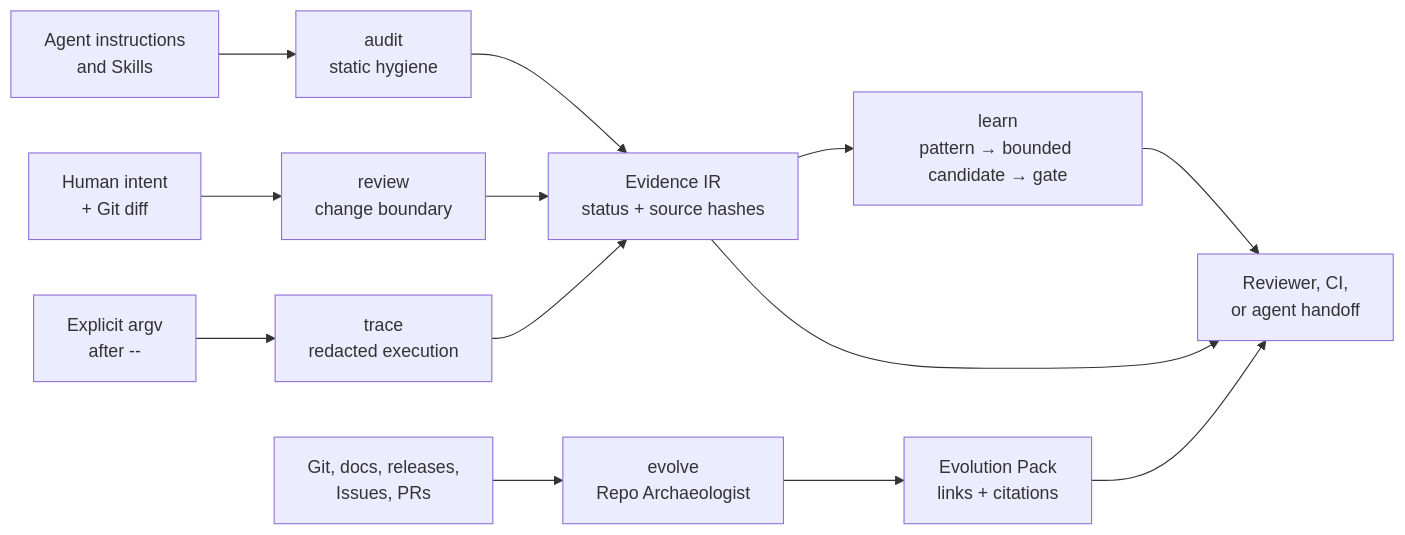
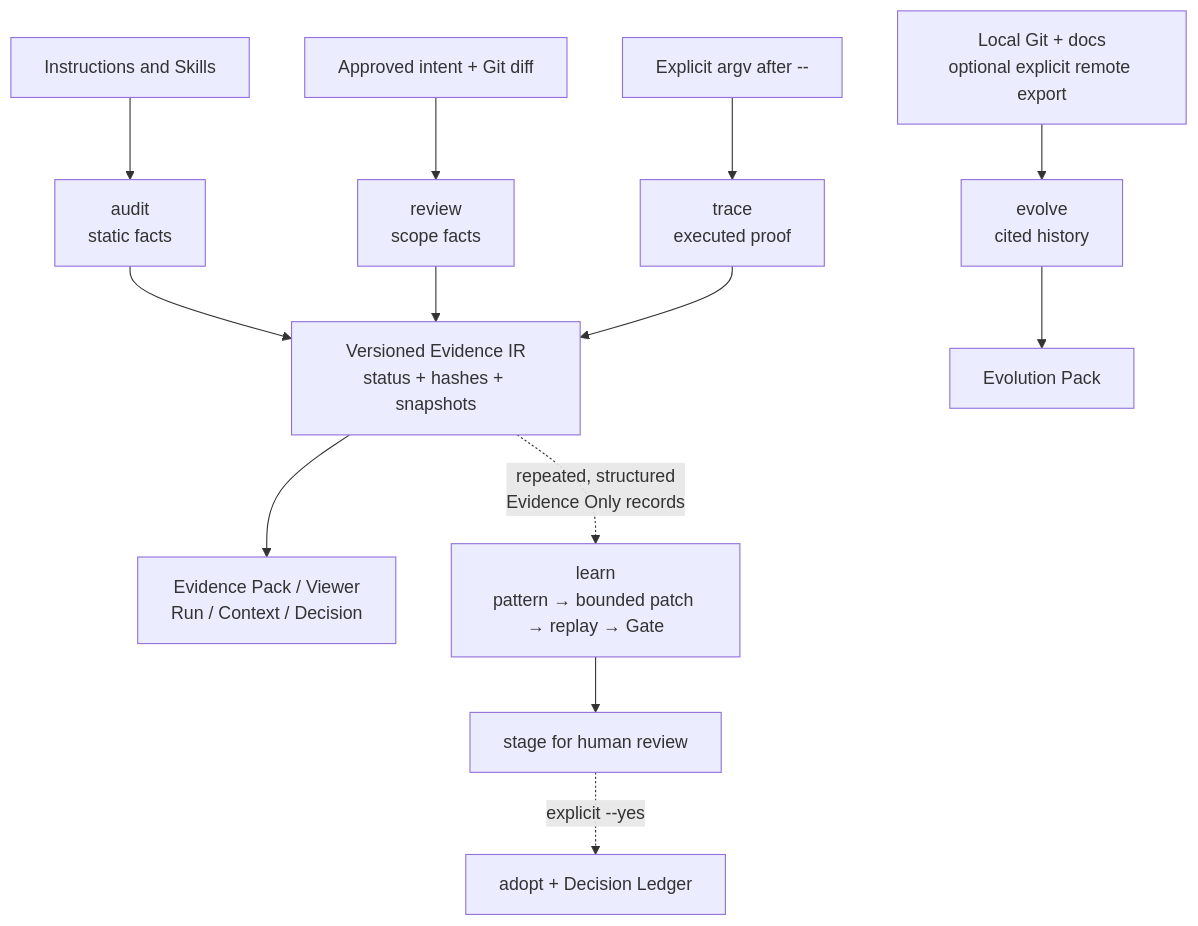
One commit to AdvancingTitans/agent-engineering-toolkit changed the diagram in README.md. Above: the diagram before and after it, drawn with Mermaid. The commit also changed other lines of this file and 20 other files, not shown here.

````diff
--- a/README.md
+++ b/README.md
@@ -62,15 +54,15 @@
 ```mermaid
-flowchart LR
-  A["Agent instructions\nand Skills"] --> B["audit\nstatic hygiene"]
-  C["Human intent\n+ Git diff"] --> D["review\nchange boundary"]
-  E["Explicit argv\nafter --"] --> F["trace\nredacted execution"]
-  G["Git, docs, releases,\nIssues, PRs"] --> H["evolve\nRepo Archaeologist"]
-  B --> I["Evidence IR\nstatus + source hashes"]
+flowchart TB
+  A["Instructions and Skills"] --> B["audit\nstatic facts"]
+  C["Approved intent + Git diff"] --> D["review\nscope facts"]
+  E["Explicit argv after --"] --> F["trace\nexecuted proof"]
+  G["Local Git + docs\noptional explicit remote export"] --> H["evolve\ncited history"]
+  B --> I["Versioned Evidence IR\nstatus + hashes + snapshots"]
   D --> I
   F --> I
-  H --> J["Evolution Pack\nlinks + citations"]
-  I --> L["learn\npattern → bounded candidate → gate"]
-  L --> K
-  I --> K["Reviewer, CI,\nor agent handoff"]
-  J --> K
+  I --> J["Evidence Pack / Viewer\nRun / Context / Decision"]
+  H --> K["Evolution Pack"]
+  I -. "repeated, structured\nEvidence Only records" .-> L["learn\npattern → bounded patch → replay → Gate"]
+  L --> M["stage for human review"]
+  M -. "explicit --yes" .-> N["adopt + Decision Ledger"]
 ```
````
